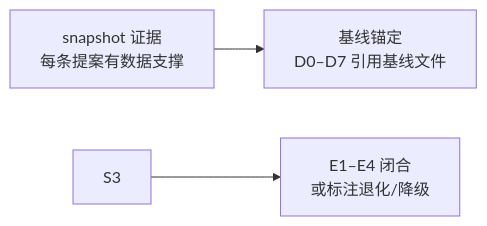
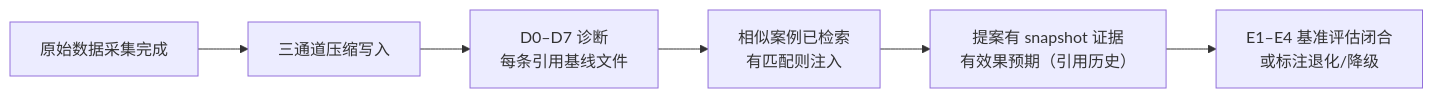
Before and after one commit to effiy/YrY: diagram 14 of 14 in rules/self-improve.md, drawn with Mermaid. The commit also changed other lines of this file and 4 other files, not shown here.

````diff
--- a/rules/self-improve.md
+++ b/rules/self-improve.md
@@ -226,6 +406,9 @@
 ```mermaid
 flowchart LR
-    S1["snapshot 证据<br/>每条提案有数据支撑"]:::sig --> S2["基线锚定<br/>D0–D7 引用基线文件"]:::sig
-    S3 --> S4["E1–E4 闭合<br/>或标注退化/降级"]:::sig
+    S0["原始数据采集完成"]:::sig --> S1["三通道压缩写入"]:::sig
+    S1 --> S2["D0–D7 诊断<br/>每条引用基线文件"]:::sig
+    S2 --> S3["相似案例已检索<br/>有匹配则注入"]:::sig
+    S3 --> S4["提案有 snapshot 证据<br/>有效果预期（引用历史）"]:::sig
+    S4 --> S5["E1–E4 基准评估闭合<br/>或标注退化/降级"]:::sig
 
 ```
````
